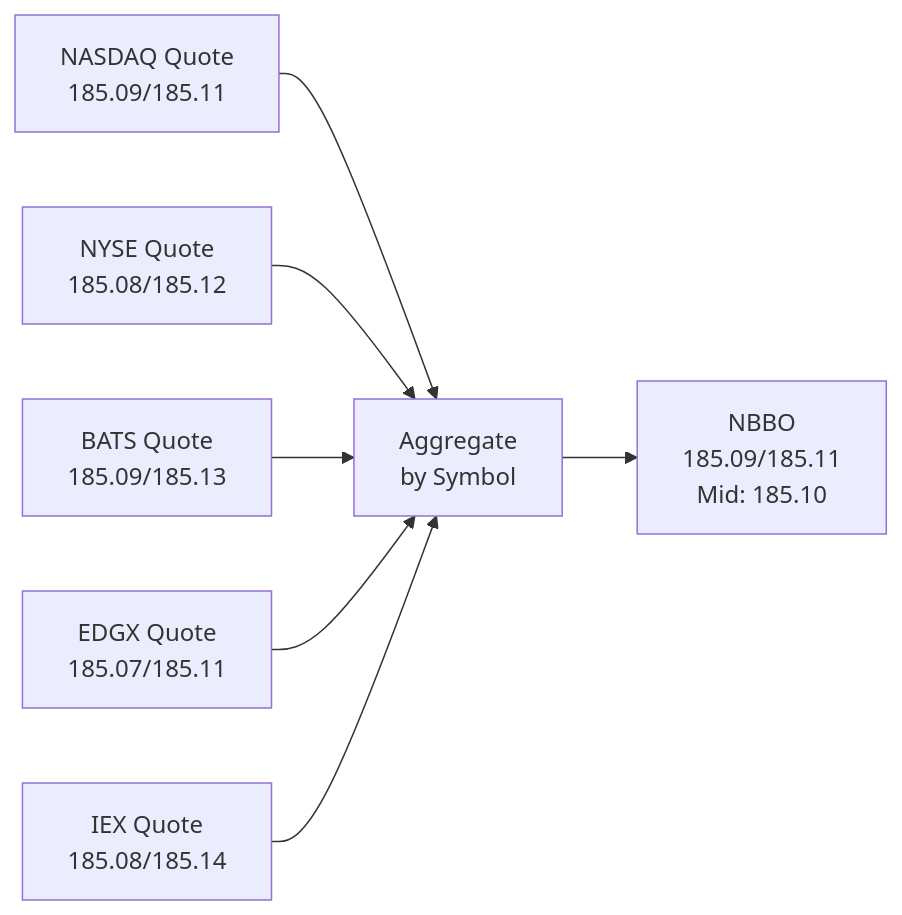
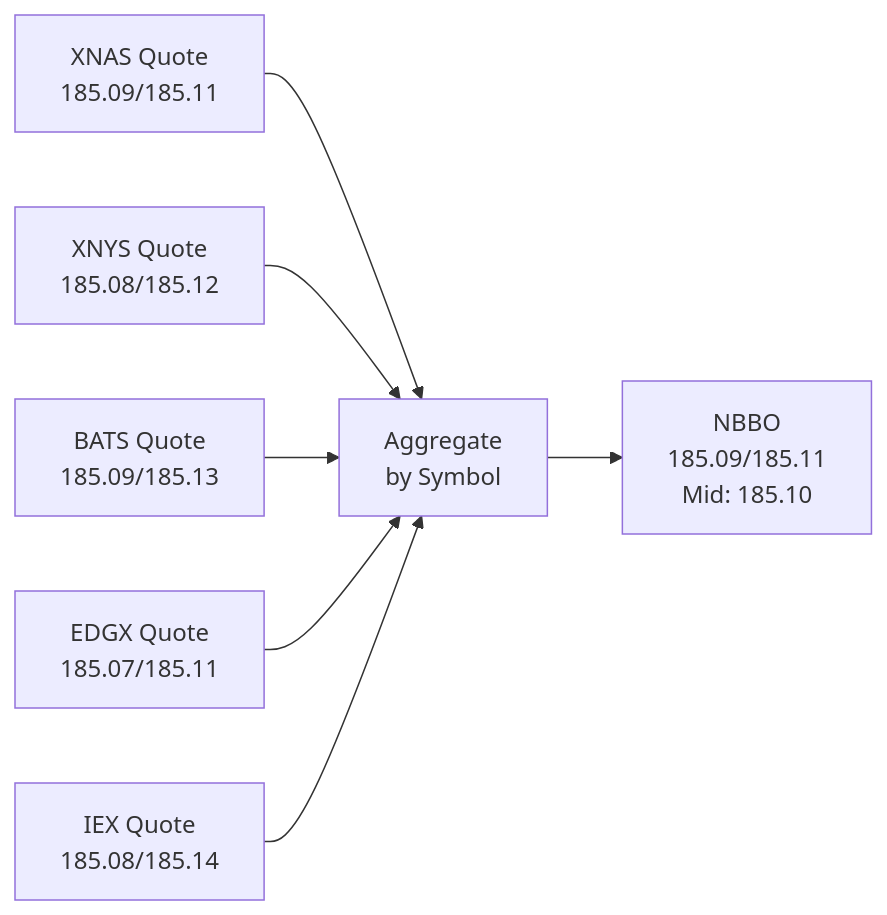
Before and after one commit to lukelittle/homepage: the first of 3 diagrams in content/posts/2026/02/finra-5310-best-execution-monitor/index.md, drawn with Mermaid. The commit also changed other lines of this file and 1 other file, not shown here.

````diff
--- a/content/posts/2026/02/finra-5310-best-execution-monitor/index.md
+++ b/content/posts/2026/02/finra-5310-best-execution-monitor/index.md
@@ -66,9 +92,9 @@
 ```mermaid
 graph LR
-    Q1[NASDAQ Quote<br/>185.09/185.11] --> AGG[Aggregate<br/>by Symbol]
-    Q2[NYSE Quote<br/>185.08/185.12] --> AGG
+    Q1[XNAS Quote<br/>185.09/185.11] --> AGG[Aggregate<br/>by Symbol]
+    Q2[XNYS Quote<br/>185.08/185.12] --> AGG
     Q3[BATS Quote<br/>185.09/185.13] --> AGG
     Q4[EDGX Quote<br/>185.07/185.11] --> AGG
     Q5[IEX Quote<br/>185.08/185.14] --> AGG
     AGG --> NBBO[NBBO<br/>185.09/185.11<br/>Mid: 185.10]
 ```
````
